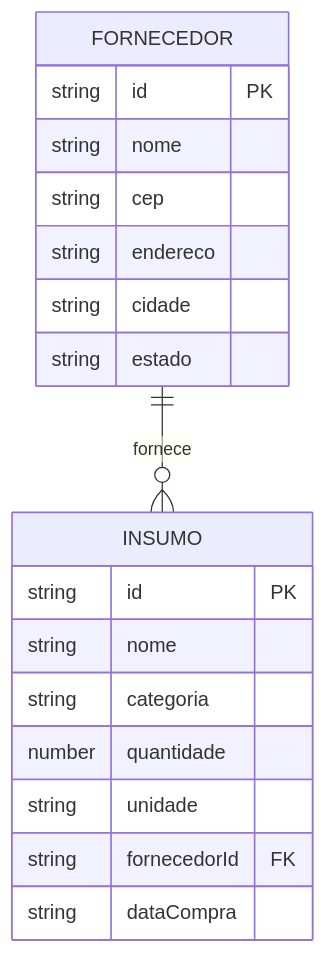
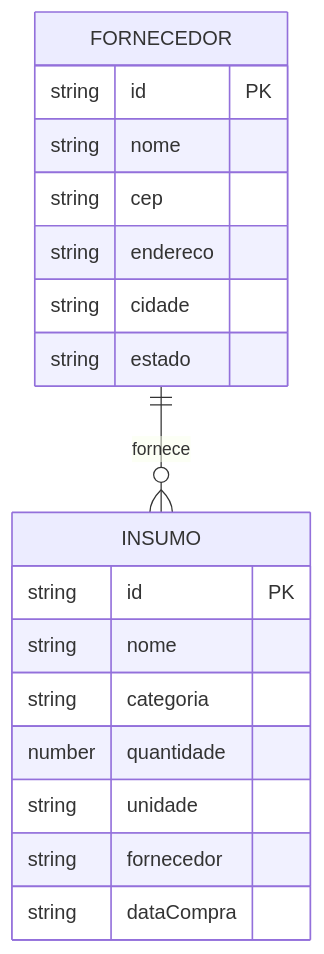
One commit to matheusbren/agrostock changed the diagram in docs/spec.md. Above: the diagram before and after it, drawn with Mermaid. The commit also changed other lines of this file and 4 other files, not shown here.

````diff
--- a/docs/spec.md
+++ b/docs/spec.md
@@ -74,23 +74,23 @@
 ```mermaid
 erDiagram
     FORNECEDOR ||--o{ INSUMO : "fornece"
 
     FORNECEDOR {
         string id PK
         string nome
         string cep
         string endereco
         string cidade
         string estado
     }
 
     INSUMO {
         string id PK
         string nome
         string categoria
         number quantidade
         string unidade
-        string fornecedorId FK
+        string fornecedor
         string dataCompra
     }
 ```
````
